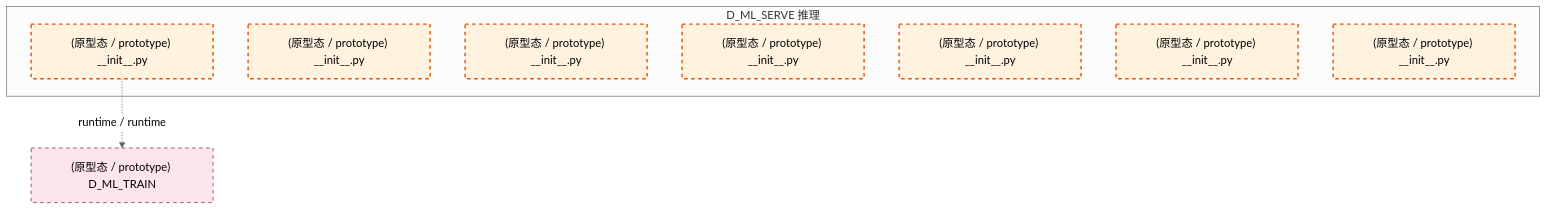
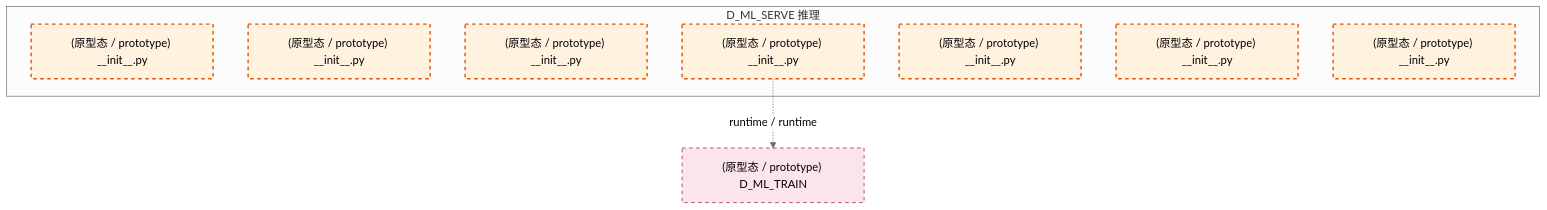
Before and after one commit to xuanFelixVan/ZephyrAlpha: the second of 3 diagrams in docs/02_enterprise_architecture/02_domain_architecture_docs/49_d_ml_serve.md, drawn with Mermaid (neutral theme). The commit also changed other lines of this file and 100 other files, not shown here.

````diff
--- a/docs/02_enterprise_architecture/02_domain_architecture_docs/49_d_ml_serve.md
+++ b/docs/02_enterprise_architecture/02_domain_architecture_docs/49_d_ml_serve.md
@@ -107,20 +107,20 @@
 ```mermaid
 graph TD
     subgraph D_ML_SERVE["D_ML_SERVE 推理"]
         src_zephyr_ml_serve_init_py["(原型态 / prototype) __init__.py"]
         src_zephyr_ml_serve_extensions_init_py["(原型态 / prototype) __init__.py"]
         src_zephyr_ml_serve_api_init_py["(原型态 / prototype) __init__.py"]
         src_zephyr_ml_serve_core_init_py["(原型态 / prototype) __init__.py"]
         src_zephyr_ml_serve_infrastructure_init_py["(原型态 / prototype) __init__.py"]
         src_zephyr_ml_serve_models_init_py["(原型态 / prototype) __init__.py"]
         src_zephyr_ml_serve_services_init_py["(原型态 / prototype) __init__.py"]
     end
     D_ML_TRAIN["(原型态 / prototype) D_ML_TRAIN"]
-    src_zephyr_ml_serve_init_py -.->|runtime / runtime| D_ML_TRAIN
+    src_zephyr_ml_serve_core_init_py -.->|runtime / runtime| D_ML_TRAIN
     classDef production fill:#e1f5fe,stroke:#01579b,stroke-width:2px,color:#000
     classDef design fill:#fff3e0,stroke:#e65100,stroke-width:2px,color:#000,stroke-dasharray: 5 5
     classDef external_prod fill:#e8f5e9,stroke:#1b5e20,stroke-width:1px,color:#000
     classDef external_design fill:#fce4ec,stroke:#880e4f,stroke-width:1px,color:#000,stroke-dasharray: 5 5
     class src_zephyr_ml_serve_init_py,src_zephyr_ml_serve_extensions_init_py,src_zephyr_ml_serve_api_init_py,src_zephyr_ml_serve_core_init_py,src_zephyr_ml_serve_infrastructure_init_py,src_zephyr_ml_serve_models_init_py,src_zephyr_ml_serve_services_init_py design
     class D_ML_TRAIN external_design
 ```
````
